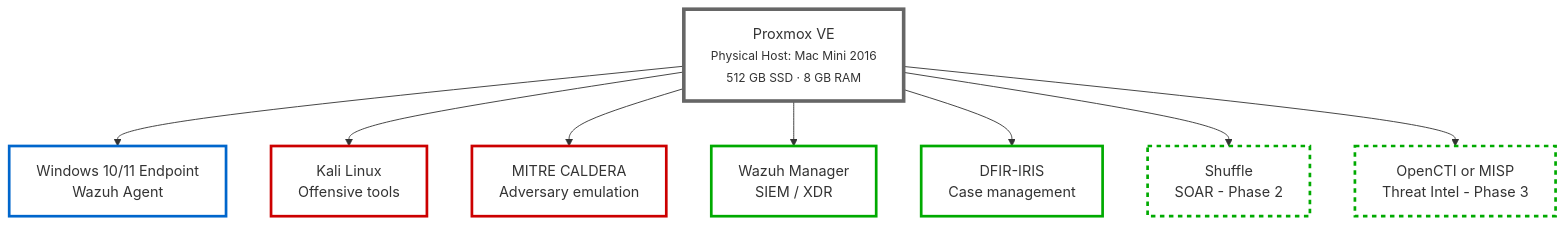
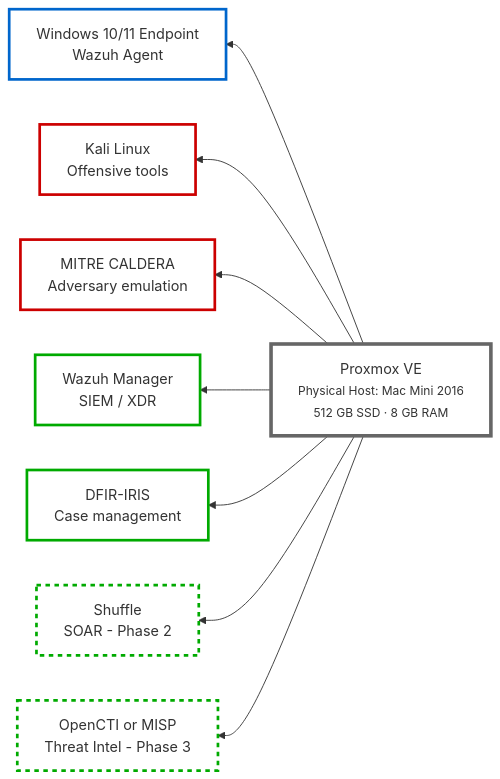
The second of 3 diagrams in README.md (moabdib2000/hybrid-soc-lab), drawn with Mermaid before and after one commit.

Commit message:
Change graph direction from TD to RL in README

````diff
--- a/README.md
+++ b/README.md
@@ -96,30 +96,30 @@
 ```mermaid
-graph TD
+graph RL
     P[Proxmox VE<br/><small>Physical Host: Mac Mini 2016<br/>512 GB SSD · 8 GB RAM</small>]
 
     W["Windows 10/11 Endpoint<br/>Wazuh Agent"]
     K["Kali Linux<br/>Offensive tools"]
     C["MITRE CALDERA<br/>Adversary emulation"]
     WAZ["Wazuh Manager<br/>SIEM / XDR"]
     IRIS["DFIR-IRIS<br/>Case management"]
     SH["Shuffle<br/>SOAR - Phase 2"]
     TI["OpenCTI or MISP<br/>Threat Intel - Phase 3"]
 
     P --> W
     P --> K
     P --> C
     P --> WAZ
     P --> IRIS
     P --> SH
     P --> TI
 
     style P stroke:#666,stroke-width:4px,fill:none
     style W stroke:#0066cc,stroke-width:3px,fill:none
     style K stroke:#cc0000,stroke-width:3px,fill:none
     style C stroke:#cc0000,stroke-width:3px,fill:none
     style WAZ stroke:#00aa00,stroke-width:3px,fill:none
     style IRIS stroke:#00aa00,stroke-width:3px,fill:none
     style SH stroke:#00aa00,stroke-width:3px,stroke-dasharray: 5 5,fill:none
     style TI stroke:#00aa00,stroke-width:3px,stroke-dasharray: 5 5,fill:none
 
 ```
````
